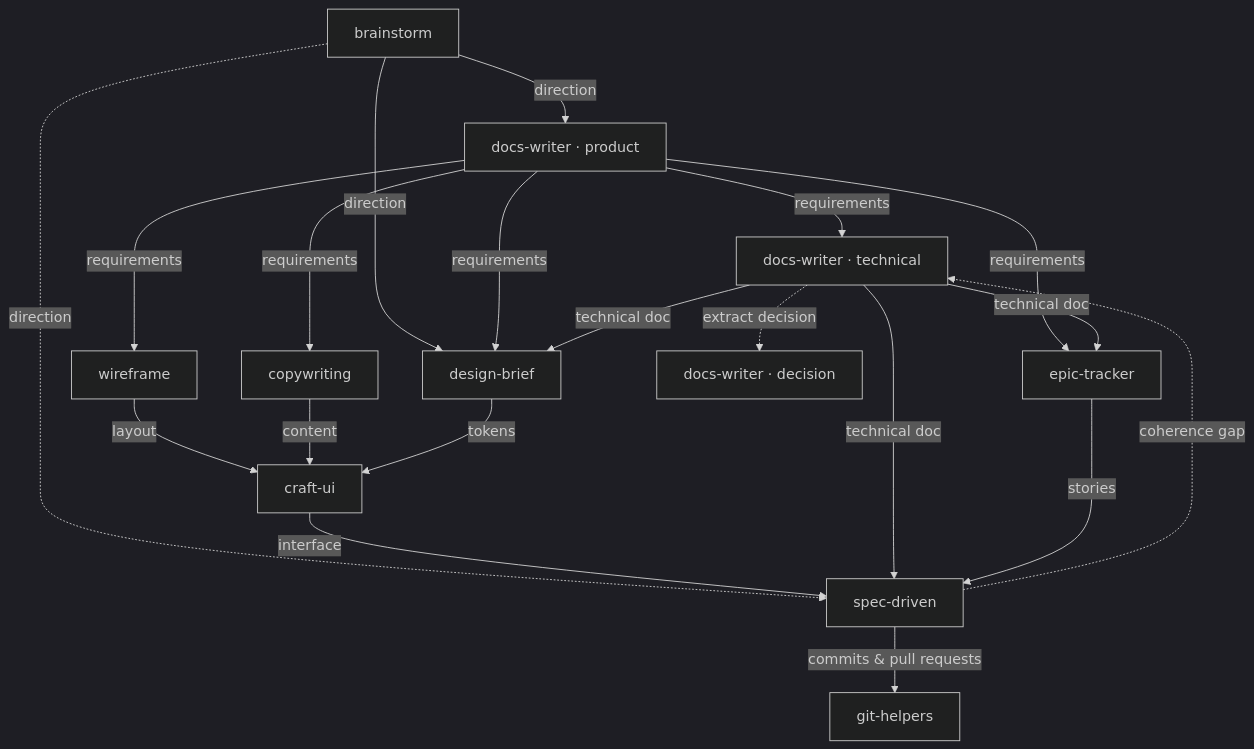
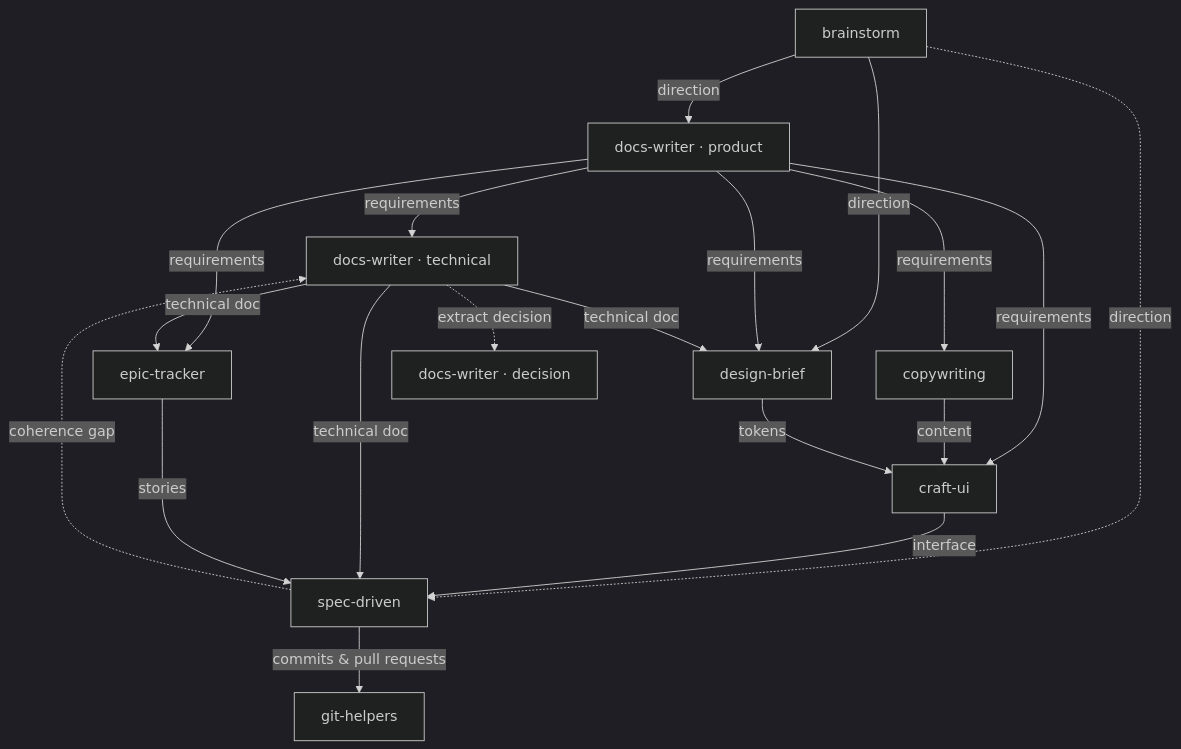
One commit to adeonir/agent-skills changed the diagram in README.md. Above: the diagram before and after it, drawn with Mermaid (dark theme). The commit also changed other lines of this file and 22 other files, not shown here.

First line of the commit message:
refactor(craft-ui): fold wireframe into the render structure phase

````diff
--- a/README.md
+++ b/README.md
@@ -47,22 +46,21 @@
 ```mermaid
 flowchart TD
     BR[brainstorm] -->|direction| DW_PRD[docs-writer · product]
     BR -->|direction| DB[design-brief]
     BR -.->|direction| SD[spec-driven]
     DW_PRD -->|requirements| DW_DD[docs-writer · technical]
     DW_PRD -->|requirements| ET[epic-tracker]
     DW_PRD -->|requirements| DB
-    DW_PRD -->|requirements| WF[wireframe]
+    DW_PRD -->|requirements| CU[craft-ui]
     DW_PRD -->|requirements| CW[copywriting]
-    WF -->|layout| CU[craft-ui]
     CW -->|content| CU
     DB -->|tokens| CU
     CU -->|interface| SD
     DW_DD -->|technical doc| SD
     DW_DD -->|technical doc| ET
     DW_DD -->|technical doc| DB
     DW_DD -.->|extract decision| DW_ADR[docs-writer · decision]
     ET -->|stories| SD
     SD -->|commits & pull requests| GH[git-helpers]
     SD -.->|coherence gap| DW_DD
 ```
````
